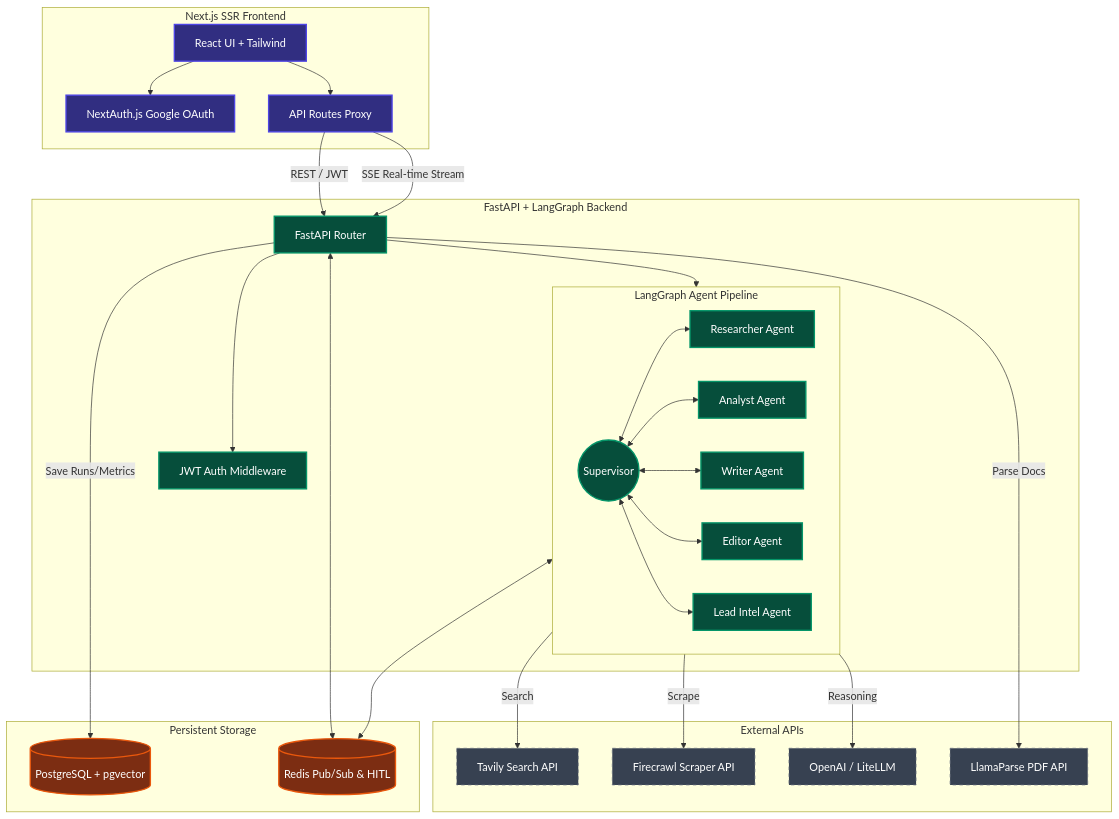
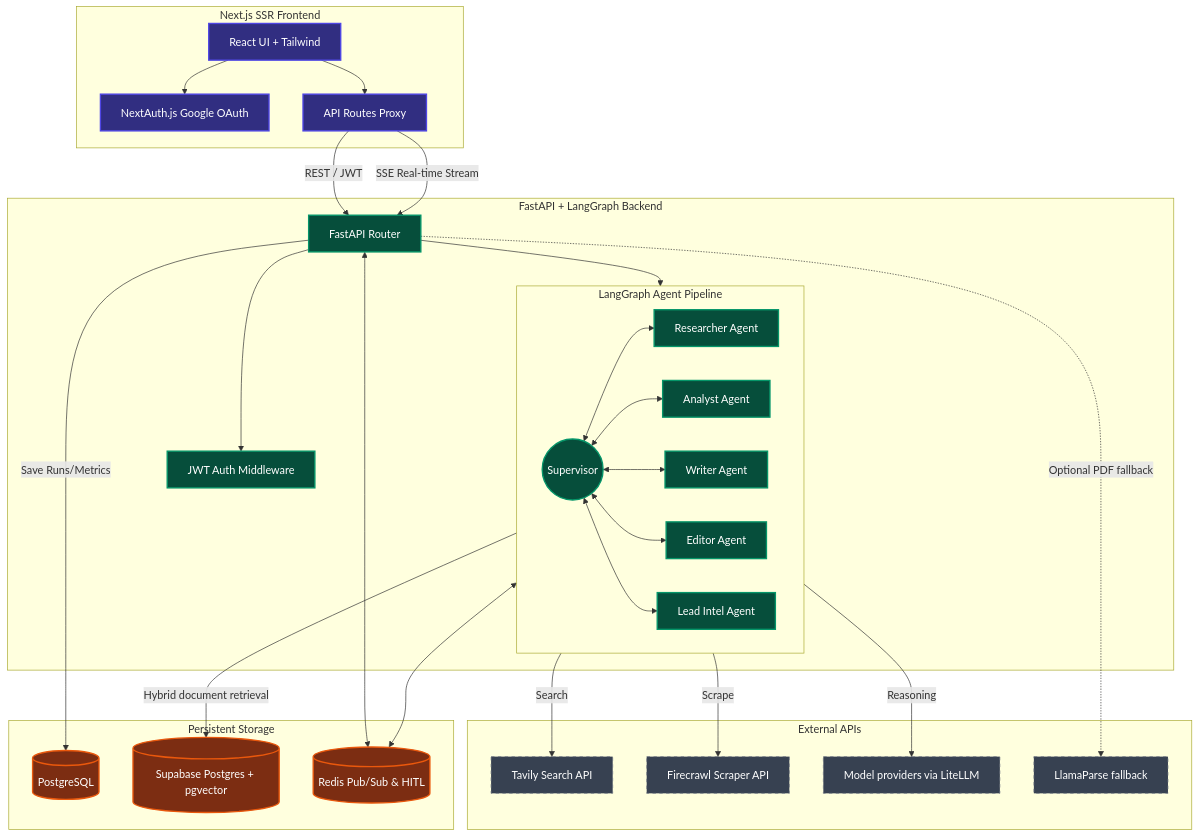
The diagram in docs/architecture.md (befikadusata/agentic-research-factory), drawn with Mermaid before and after one commit. The commit also changed other lines of this file and 2 other files, not shown here.

````diff
--- a/docs/architecture.md
+++ b/docs/architecture.md
@@ -11,68 +11,70 @@
 ```mermaid
 graph TD
     %% Styling
     classDef frontend fill:#312e81,stroke:#4f46e5,stroke-width:2px,color:#fff
     classDef backend fill:#064e3b,stroke:#059669,stroke-width:2px,color:#fff
     classDef db fill:#7c2d12,stroke:#ea580c,stroke-width:2px,color:#fff
     classDef external fill:#374151,stroke:#6b7280,stroke-width:1px,color:#fff,stroke-dasharray: 5 5
 
     %% Frontend
     subgraph Frontend [Next.js SSR Frontend]
         UI[React UI + Tailwind]:::frontend
         Auth[NextAuth.js Google OAuth]:::frontend
         API_Route[API Routes Proxy]:::frontend
         UI --> Auth
         UI --> API_Route
     end
 
     %% Backend
     subgraph Backend [FastAPI + LangGraph Backend]
         API[FastAPI Router]:::backend
         Auth_MW[JWT Auth Middleware]:::backend
         API --> Auth_MW
         
         subgraph Graph [LangGraph Agent Pipeline]
             Supervisor((Supervisor)):::backend
             Researcher[Researcher Agent]:::backend
             Analyst[Analyst Agent]:::backend
             Writer[Writer Agent]:::backend
             Editor[Editor Agent]:::backend
             LeadIntel[Lead Intel Agent]:::backend
             
             Supervisor <--> Researcher
             Supervisor <--> Analyst
             Supervisor <--> Writer
             Supervisor <--> Editor
             Supervisor <--> LeadIntel
         end
         
         API --> Graph
     end
 
     %% Database
     subgraph Storage [Persistent Storage]
-        PG[(PostgreSQL + pgvector)]:::db
+        PG[(PostgreSQL)]:::db
+        VectorDB[(Supabase Postgres + pgvector)]:::db
         Redis[(Redis Pub/Sub & HITL)]:::db
     end
 
     %% External Services
     subgraph External [External APIs]
         Tavily[Tavily Search API]:::external
         Firecrawl[Firecrawl Scraper API]:::external
-        LLM[OpenAI / LiteLLM]:::external
-        LlamaParse[LlamaParse PDF API]:::external
+        LLM[Model providers via LiteLLM]:::external
+        LlamaParse[LlamaParse fallback]:::external
     end
 
     %% Connections
     API_Route -- "REST / JWT" --> API
     API_Route -- "SSE Real-time Stream" --> API
     
     Graph -- "Search" --> Tavily
     Graph -- "Scrape" --> Firecrawl
     Graph -- "Reasoning" --> LLM
-    API -- "Parse Docs" --> LlamaParse
+    API -. "Optional PDF fallback" .-> LlamaParse
+    Graph -- "Hybrid document retrieval" --> VectorDB
     
     API -- "Save Runs/Metrics" --> PG
     API <--> Redis
     Graph <--> Redis
 ```
````
